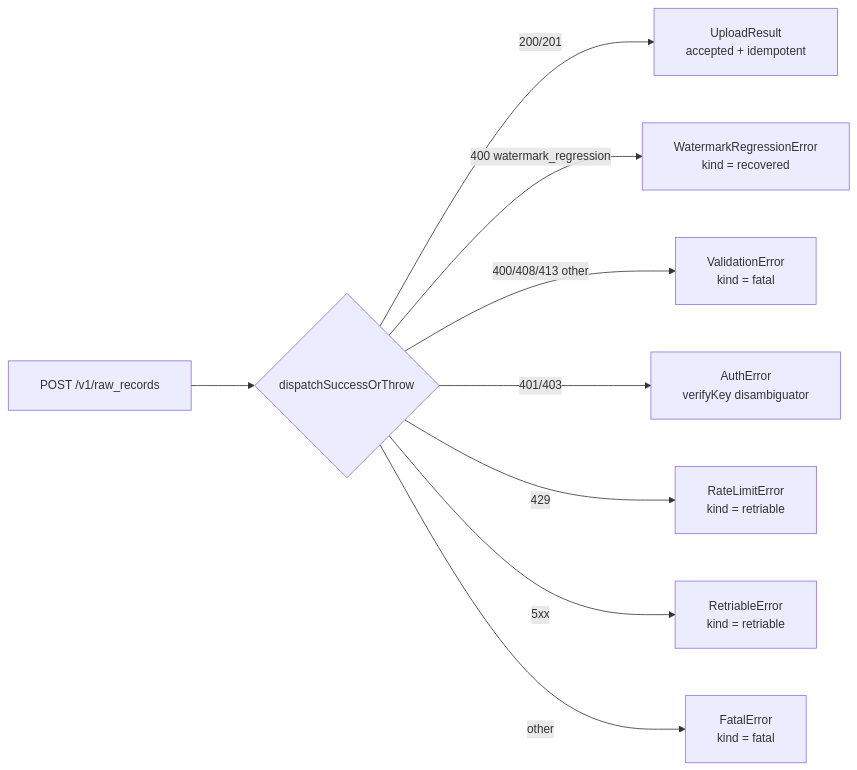
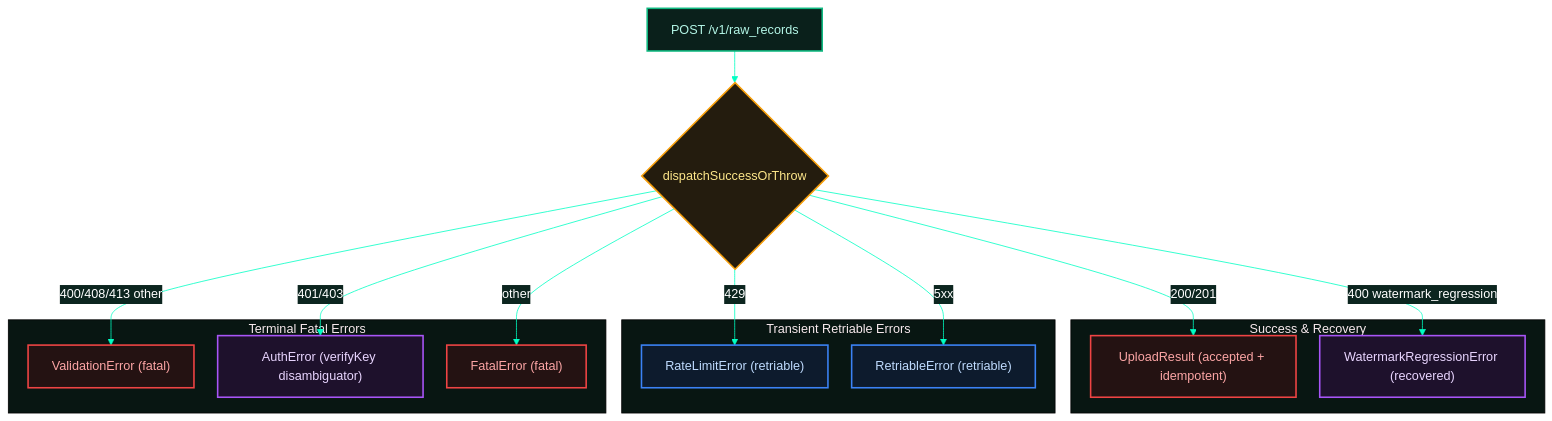
Before and after one commit to proxai/proxai_gateway: the diagram in docs/05-backend/5.1-backend-protocol.md, drawn with Mermaid. The commit also changed other lines of this file and 65 other files, not shown here.

````diff
--- a/docs/05-backend/5.1-backend-protocol.md
+++ b/docs/05-backend/5.1-backend-protocol.md
@@ -40,12 +60,47 @@
 ```mermaid
-%%{init: {'flowchart': {'useMaxWidth': false, 'htmlLabels': true, 'curve': 'basis', 'nodeSpacing': 60, 'rankSpacing': 80, 'padding': 20}, 'sequence': {'useMaxWidth': false, 'mirrorActors': false, 'actorMargin': 100, 'messageMargin': 50, 'boxMargin': 20, 'wrap': true}, 'stateDiagram': {'useMaxWidth': false, 'nodeSpacing': 60, 'rankSpacing': 80}, 'themeVariables': {'fontSize': '15px'}}}%%
-flowchart LR
-  req[POST /v1/raw_records] --> resp{dispatchSuccessOrThrow}
-  resp -->|200/201| acc[UploadResult<br/>accepted + idempotent]
-  resp -->|400 watermark_regression| rec[WatermarkRegressionError<br/>kind = recovered]
-  resp -->|400/408/413 other| val[ValidationError<br/>kind = fatal]
-  resp -->|401/403| auth[AuthError<br/>verifyKey disambiguator]
-  resp -->|429| rl[RateLimitError<br/>kind = retriable]
-  resp -->|5xx| ret[RetriableError<br/>kind = retriable]
-  resp -->|other| fatal[FatalError<br/>kind = fatal]
+%%{init: { 'flowchart': { 'useMaxWidth': false, 'curve': 'basis', 'nodeSpacing': 30, 'rankSpacing': 40, 'padding': 15 }, 'theme': 'base', 'themeVariables': { 'background': '#081612', 'primaryColor': '#081612', 'primaryTextColor': '#ffffff', 'primaryBorderColor': '#00ffc4', 'lineColor': '#00ffc4', 'secondaryColor': '#0c251f', 'tertiaryColor': '#081612' } }}%%
+flowchart TD
+  %% Native classDef Declarations
+  classDef startNode fill:#0a201b,stroke:#10b981,stroke-width:2px,color:#b3f5e6;
+  classDef stopNode fill:#241212,stroke:#ef4444,stroke-width:2px,color:#fca5a5;
+  classDef decNode fill:#241c0e,stroke:#f59e0b,stroke-width:2px,color:#fde68a;
+  classDef processNode fill:#0d1b2d,stroke:#3b82f6,stroke-width:2px,color:#bfdbfe;
+  classDef actionNode fill:#1e112c,stroke:#a855f7,stroke-width:2px,color:#e9d5ff;
+  classDef default fill:#0a201b,stroke:#14b8a6,stroke-width:2px,color:#ccfbf1;
+
+  req["POST /v1/raw_records"] --> resp{"dispatchSuccessOrThrow"}
+
+  subgraph Success ["Success & Recovery"]
+    acc["UploadResult (accepted + idempotent)"]
+    rec["WatermarkRegressionError (recovered)"]
+  end
+
+  subgraph Transient ["Transient Retriable Errors"]
+    rl["RateLimitError (retriable)"]
+    ret["RetriableError (retriable)"]
+  end
+
+  subgraph Fatal ["Terminal Fatal Errors"]
+    val["ValidationError (fatal)"]
+    auth["AuthError (verifyKey disambiguator)"]
+    fatal["FatalError (fatal)"]
+  end
+
+  resp -->|"200/201"| acc
+  resp -->|"400 watermark_regression"| rec
+  resp -->|"429"| rl
+  resp -->|"5xx"| ret
+  resp -->|"400/408/413 other"| val
+  resp -->|"401/403"| auth
+  resp -->|"other"| fatal
+
+  class req startNode;
+  class resp decNode;
+  class acc stopNode;
+  class rec actionNode;
+  class val stopNode;
+  class auth actionNode;
+  class rl processNode;
+  class ret processNode;
+  class fatal stopNode;
 ```
````
